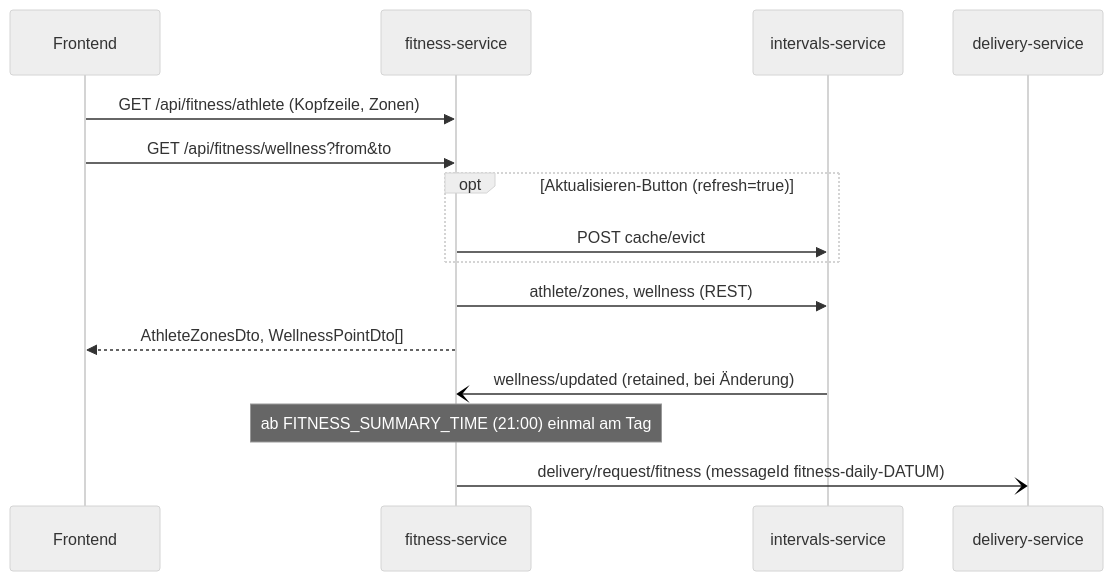
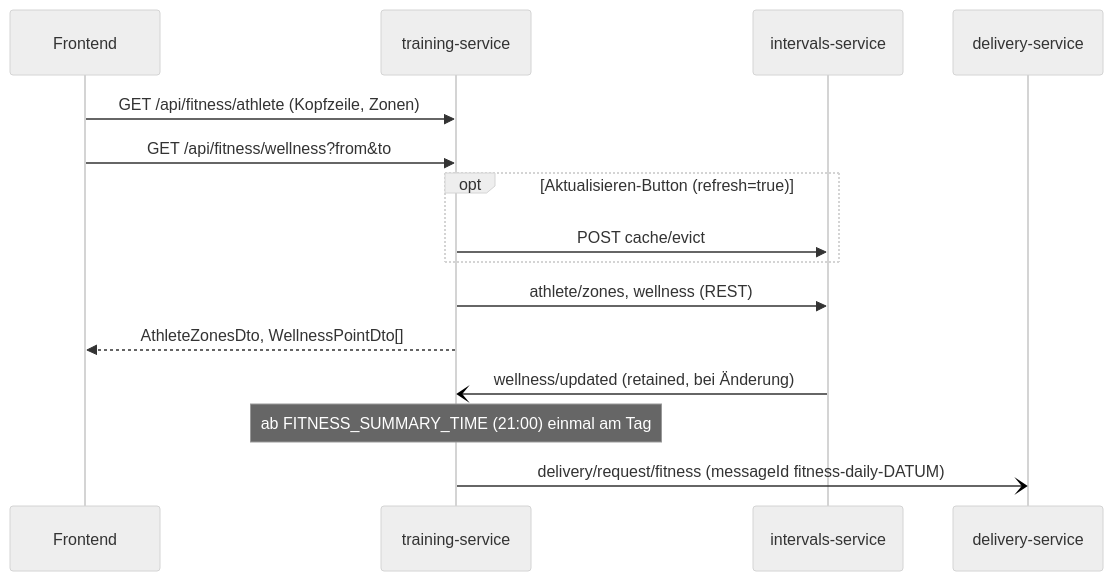
One commit to KlinkerD/Cycling_AI_Analyzer changed the fourth of 5 diagrams in docs/datenfluesse.md. Above: the diagram before and after it, drawn with Mermaid (neutral theme). The commit also changed other lines of this file and 145 other files, not shown here.

First line of the commit message:
Remove `fitness-service`, related contracts, and dependencies

````diff
--- a/docs/datenfluesse.md
+++ b/docs/datenfluesse.md
@@ -112,19 +112,19 @@
 ```mermaid
 sequenceDiagram
     participant FE as Frontend
-    participant FS as fitness-service
+    participant FS as training-service
     participant IS as intervals-service
     participant DS as delivery-service
 
     FE->>FS: GET /api/fitness/athlete (Kopfzeile, Zonen)
     FE->>FS: GET /api/fitness/wellness?from&to
     opt Aktualisieren-Button (refresh=true)
         FS->>IS: POST cache/evict
     end
     FS->>IS: athlete/zones, wellness (REST)
     FS-->>FE: AthleteZonesDto, WellnessPointDto[]
 
     IS-)FS: wellness/updated (retained, bei Änderung)
     Note over FS: ab FITNESS_SUMMARY_TIME (21:00) einmal am Tag
     FS-)DS: delivery/request/fitness (messageId fitness-daily-DATUM)
 ```
````
